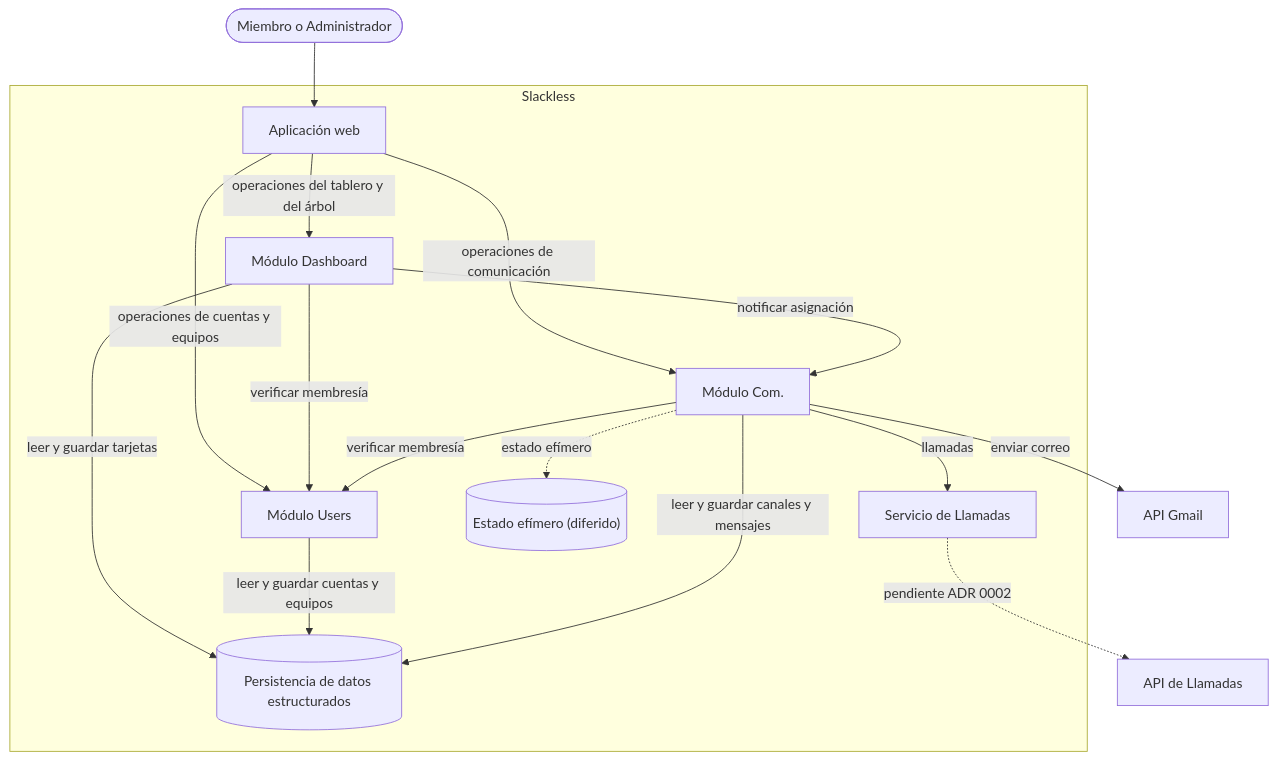
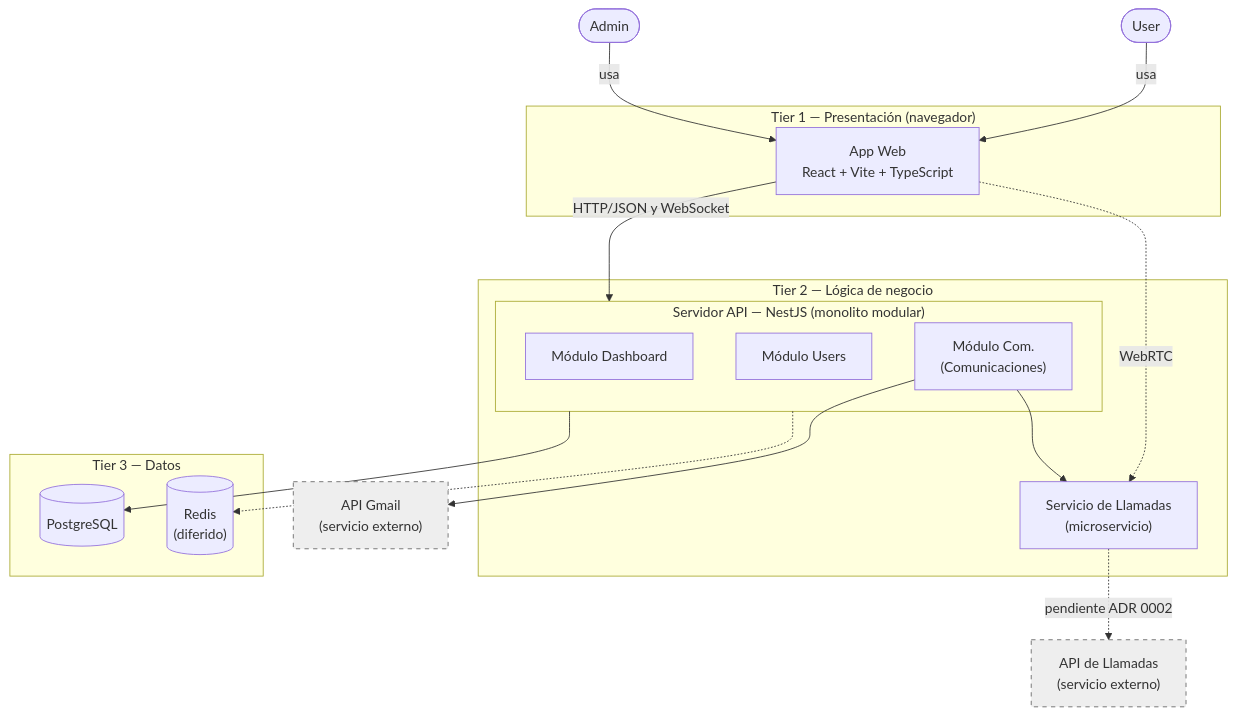
Before and after one commit to Da-lp1012/proyectodeingesoft1: the first of 2 diagrams in docs/design/01_Architectural_and_Detailed_Design.md, drawn with Mermaid. The commit also changed other lines of this file, not shown here.

````diff
--- a/docs/design/01_Architectural_and_Detailed_Design.md
+++ b/docs/design/01_Architectural_and_Detailed_Design.md
@@ -63,30 +67,41 @@
 ```mermaid
 flowchart TB
-    Actor([Miembro o Administrador])
-    subgraph SYS["Slackless"]
-        WEB["Aplicación web"]
-        DASH["Módulo Dashboard"]
-        USERS["Módulo Users"]
-        COM["Módulo Com."]
-        LLAM["Servicio de Llamadas"]
-        PG[("Persistencia de datos estructurados")]
-        RD[("Estado efímero (diferido)")]
+    ADM(["Admin"])
+    USR(["User"])
+
+    subgraph T1["Tier 1 — Presentación (navegador)"]
+        WEB["App Web<br/>React + Vite + TypeScript"]
     end
-    MAIL["API Gmail"]
-    LLAMEXT["API de Llamadas"]
 
-    Actor --> WEB
-    WEB -->|"operaciones del tablero y del árbol"| DASH
-    WEB -->|"operaciones de cuentas y equipos"| USERS
-    WEB -->|"operaciones de comunicación"| COM
-    DASH -->|"verificar membresía"| USERS
-    COM -->|"verificar membresía"| USERS
-    DASH -->|"notificar asignación"| COM
-    DASH -->|"leer y guardar tarjetas"| PG
-    USERS -->|"leer y guardar cuentas y equipos"| PG
-    COM -->|"leer y guardar canales y mensajes"| PG
-    COM -.->|"estado efímero"| RD
-    COM -->|"llamadas"| LLAM
-    COM -->|"enviar correo"| MAIL
+    subgraph T2["Tier 2 — Lógica de negocio"]
+        subgraph API["Servidor API — NestJS (monolito modular)"]
+            DASH["Módulo Dashboard"]
+            USERS["Módulo Users"]
+            COM["Módulo Com.<br/>(Comunicaciones)"]
+        end
+        LLAM["Servicio de Llamadas<br/>(microservicio)"]
+    end
+
+    subgraph T3["Tier 3 — Datos"]
+        PG[("PostgreSQL")]
+        RD[("Redis<br/>(diferido)")]
+    end
+
+    MAIL["API Gmail<br/>(servicio externo)"]
+    LLAMEXT["API de Llamadas<br/>(servicio externo)"]
+
+    ADM -->|usa| WEB
+    USR -->|usa| WEB
+
+    WEB -->|"HTTP/JSON y WebSocket"| API
+    API --> PG
+    API -.-> RD
+
+    COM --> LLAM
+    COM --> MAIL
+    WEB -.->|"WebRTC"| LLAM
     LLAM -.->|"pendiente ADR 0002"| LLAMEXT
+
+    classDef externo fill:#eeeeee,stroke:#666666,stroke-dasharray: 5 5;
+    class MAIL,LLAMEXT externo;
 ```
````
